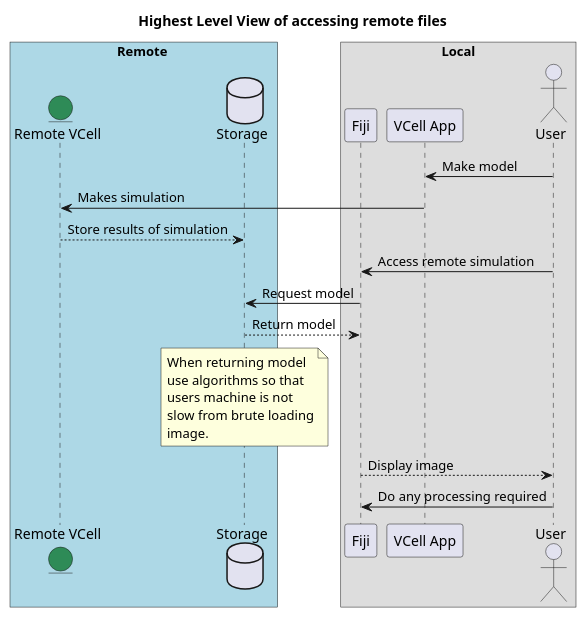
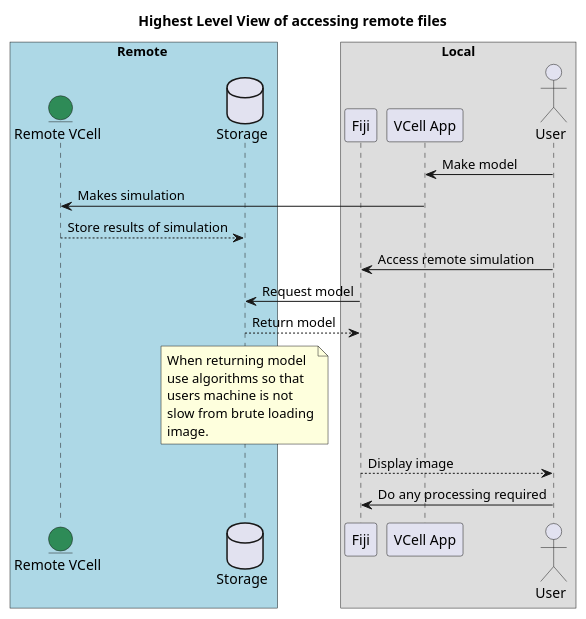
The diagram in docs/Atlas.puml (virtualcell/vcell-fiji), drawn with PlantUML before and after one commit. The commit also changed 3 other files, not shown here.

```diff
--- a/docs/Atlas.puml
+++ b/docs/Atlas.puml
@@ -1,41 +1,43 @@
 @startuml
 'https://plantuml.com/sequence-diagram
+
+!pragma teoz true
 
 box Remote #Lightblue
 entity "Remote VCell" #seagreen
 database "Storage"
 end box
 
 box Local
 participant Fiji
 participant "VCell App"
 actor User
 end box
 
 title Highest Level View of accessing remote files
 
 User -> "VCell App": Make model
 "VCell App" -> "Remote VCell": Makes simulation
 
 "Remote VCell" --> "Storage": Store results of simulation
 
 User -> Fiji: Access remote simulation
 Fiji -> "Storage": Request model
 "Storage" --> Fiji: Return model
 note over "Storage": When returning model\nuse algorithms so that\nusers machine is not\nslow from brute loading\nimage.
 
 Fiji --> User: Display image
 User -> Fiji: Do any processing required
 
 
 
 
 
 
 
 
 
 
 
 
 @enduml
```
